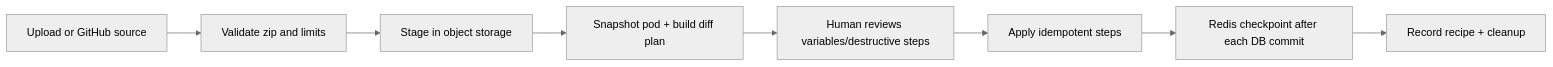
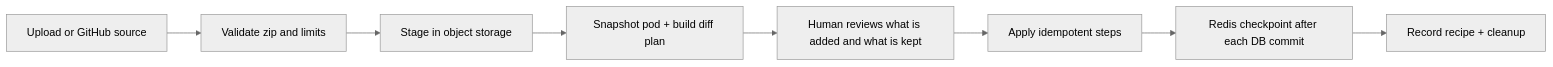
Before and after one commit to lemma-work/lemma-platform: the diagram in lemma-backend/docs/modules/pod_bundle.md, drawn with Mermaid (neutral theme). The commit also changed other lines of this file and 15 other files, not shown here.

````diff
--- a/lemma-backend/docs/modules/pod_bundle.md
+++ b/lemma-backend/docs/modules/pod_bundle.md
@@ -57,10 +57,10 @@
 ```mermaid
 flowchart LR
     S["Upload or GitHub source"] --> V["Validate zip and limits"]
     V --> O["Stage in object storage"]
     O --> P["Snapshot pod + build diff plan"]
-    P --> H["Human reviews variables/destructive steps"]
+    P --> H["Human reviews what is added and what is kept"]
     H --> A["Apply idempotent steps"]
     A --> C["Redis checkpoint after each DB commit"]
     C --> R["Record recipe + cleanup"]
 ```
````
